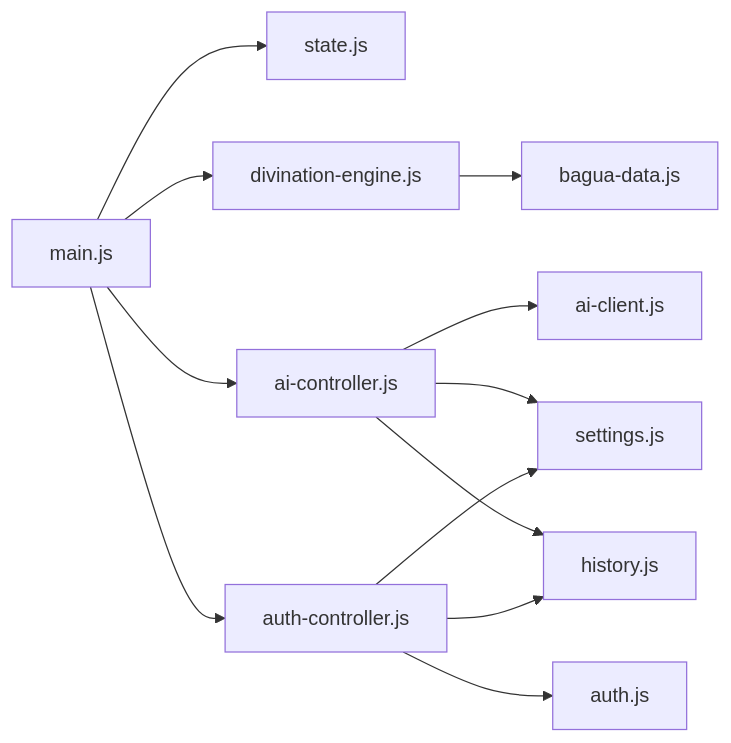
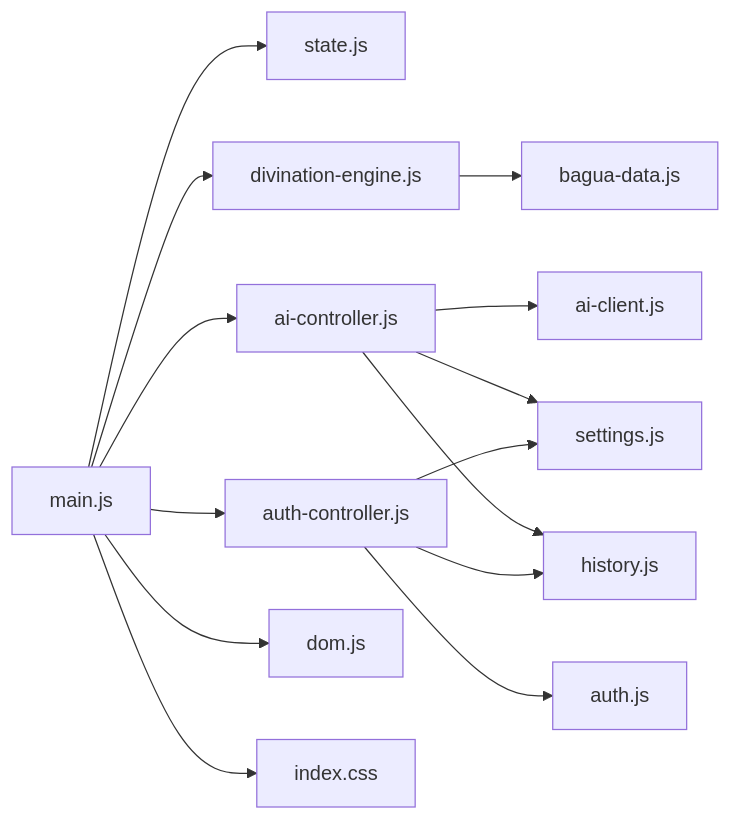
Before and after one commit to ghg618-ui/meihuayili-3.8: the seventh of 7 diagrams in .qoder/repowiki/zh/content/核心模块/核心模块.md, drawn with Mermaid. The commit also changed other lines of this file and 4 other files, not shown here.

````diff
--- a/.qoder/repowiki/zh/content/核心模块/核心模块.md
+++ b/.qoder/repowiki/zh/content/核心模块/核心模块.md
@@ -331,14 +403,16 @@
 ```mermaid
 graph LR
 MAIN["main.js"] --> STATE["state.js"]
 MAIN --> DE["divination-engine.js"]
 MAIN --> AC["ai-controller.js"]
 MAIN --> AUTHC["auth-controller.js"]
+MAIN --> DOM["dom.js"]
+MAIN --> CSS["index.css"]
 AC --> AIC["ai-client.js"]
 AC --> SET["settings.js"]
 AC --> HIST["history.js"]
 AUTHC --> AUTHS["auth.js"]
 AUTHC --> SET
 AUTHC --> HIST
 DE --> BD["bagua-data.js"]
 ```
````
